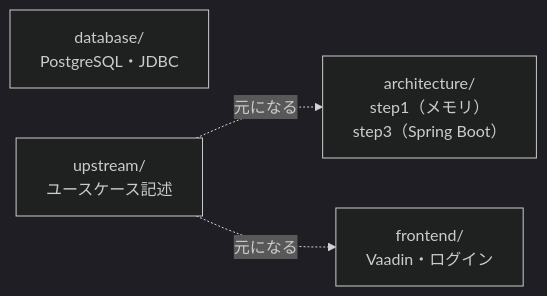
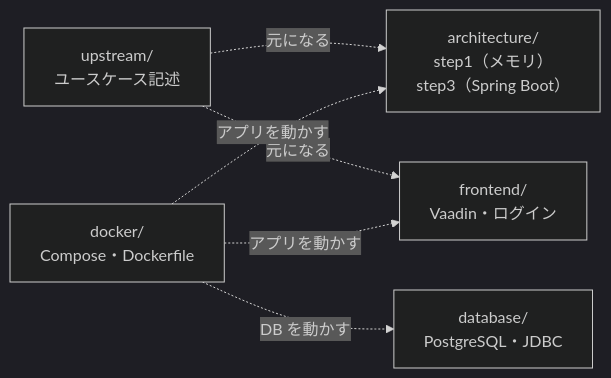
One commit to YTS0418/PRMN_SYSTEM_Sample changed the diagram in README.md. Above: the diagram before and after it, drawn with Mermaid (dark theme). The commit also changed other lines of this file and 31 other files, not shown here.

First line of the commit message:
docs: README に図とスクリーンショットを追加し、読みやすくする

````diff
--- a/README.md
+++ b/README.md
@@ -22,9 +26,13 @@
 ```mermaid
 flowchart LR
     db["database/<br>PostgreSQL・JDBC"]
     arch["architecture/<br>step1（メモリ）<br>step3（Spring Boot）"]
     up["upstream/<br>ユースケース記述"]
     fe["frontend/<br>Vaadin・ログイン"]
+    dk["docker/<br>Compose・Dockerfile"]
     up -.->|"元になる"| arch
     up -.->|"元になる"| fe
+    dk -.->|"DB を動かす"| db
+    dk -.->|"アプリを動かす"| arch
+    dk -.->|"アプリを動かす"| fe
 ```
````
